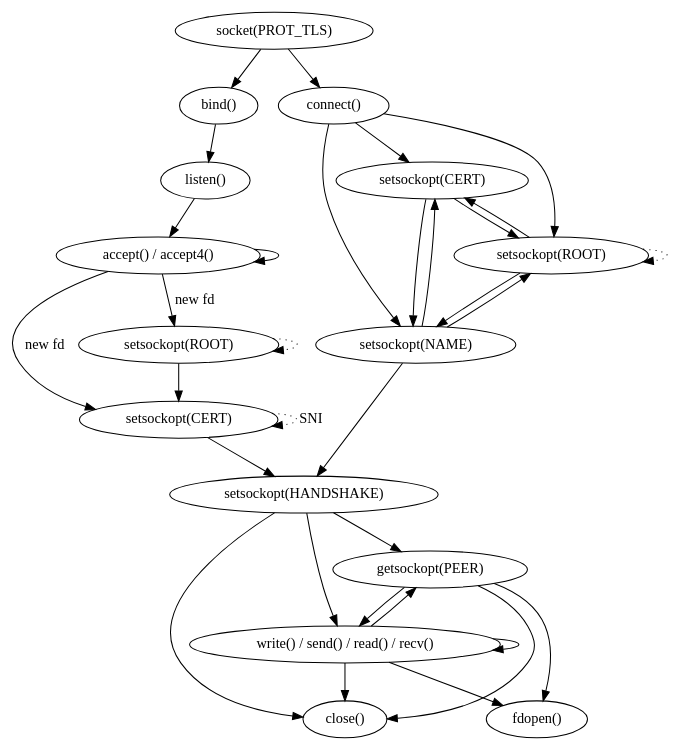
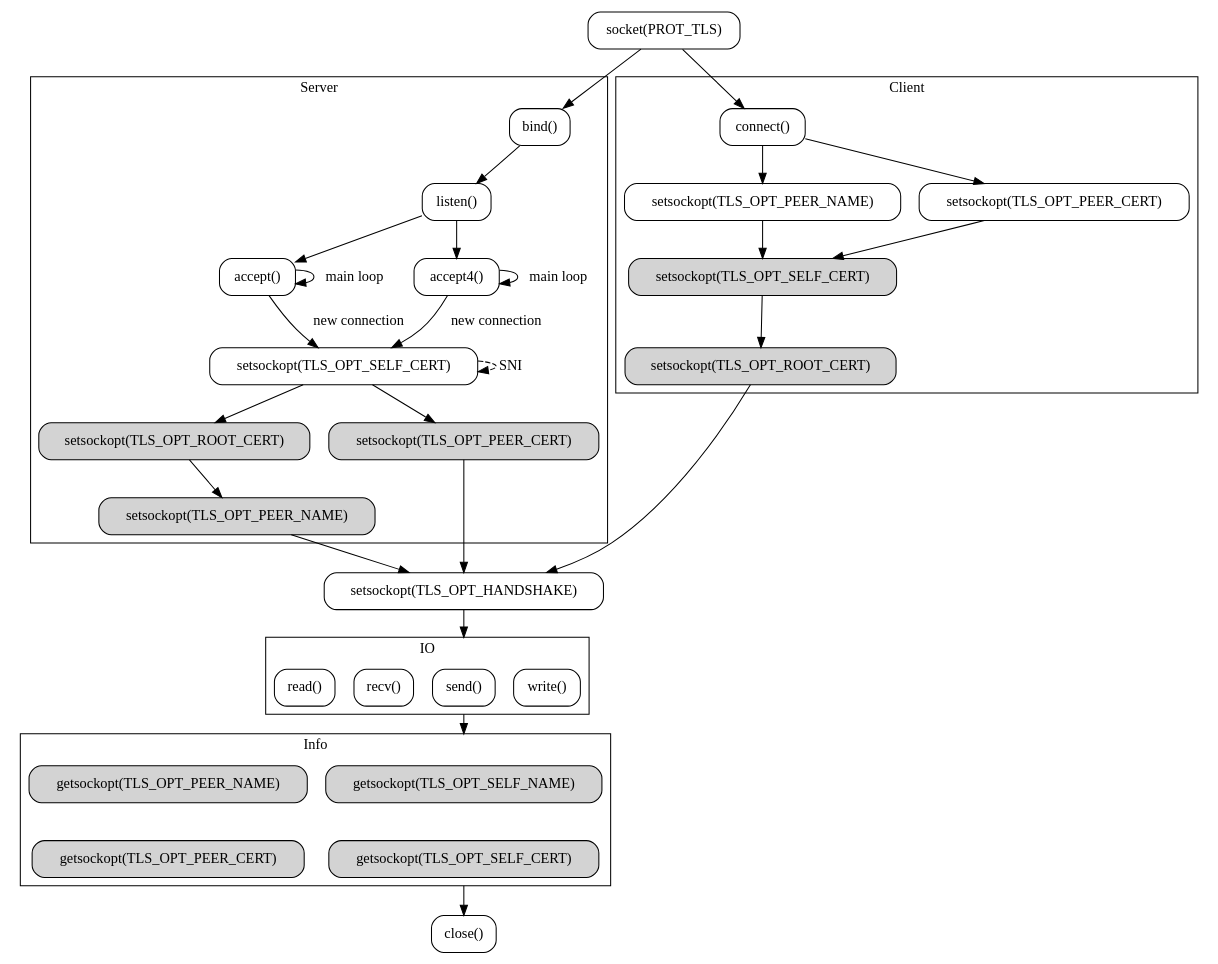
One commit to enarx-archive/tlssock changed the diagram in workflow.dot. Above: the diagram before and after it, drawn with Graphviz.

Commit message:
Update graph

```diff
--- a/workflow.dot
+++ b/workflow.dot
@@ -1,42 +1,79 @@
 digraph Workflow {
+  compound=true;
+  node [style=rounded, shape=box];
+
+  subgraph cluster_info {
+    label=Info;
+
+    "getsockopt(TLS_OPT_SELF_NAME)" [style="rounded,filled"];
+    "getsockopt(TLS_OPT_SELF_CERT)" [style="rounded,filled"];
+    "getsockopt(TLS_OPT_PEER_NAME)" [style="rounded,filled"];
+    "getsockopt(TLS_OPT_PEER_CERT)" [style="rounded,filled"];
+
+    "getsockopt(TLS_OPT_SELF_NAME)" -> "getsockopt(TLS_OPT_SELF_CERT)" [style=invis];
+    "getsockopt(TLS_OPT_PEER_NAME)" -> "getsockopt(TLS_OPT_PEER_CERT)" [style=invis];
+  }
+
+  subgraph cluster_io {
+    label=IO;
+    "write()";
+    "send()";
+    "recv()";
+    "read()";
+  }
+
+  subgraph cluster_srv {
+    label=Server;
+
+    srv_self_cert [label="setsockopt(TLS_OPT_SELF_CERT)"];
+    srv_peer_name [label="setsockopt(TLS_OPT_PEER_NAME)",style="rounded,filled"];
+    srv_peer_cert [label="setsockopt(TLS_OPT_PEER_CERT)",style="rounded,filled"];
+    srv_root_cert [label="setsockopt(TLS_OPT_ROOT_CERT)",style="rounded,filled"];
+
+    "bind()" -> "listen()";
+
+    "listen()" -> "accept()";
+    "accept()" -> "accept()" [label=" main loop "];
+    "accept()" -> srv_self_cert [label=" new connection "];
+
+    "listen()" -> "accept4()";
+    "accept4()" -> "accept4()" [label=" main loop "];
+    "accept4()" -> srv_self_cert [label=" new connection "];
+
+    srv_self_cert -> srv_self_cert [label=SNI, style=dashed];
+
+    srv_self_cert -> srv_root_cert;
+    srv_self_cert -> srv_peer_cert;
+    srv_root_cert -> srv_peer_name;
+  }
+
+  subgraph cluster_clt {
+    label=Client;
+
+    clt_peer_name [label="setsockopt(TLS_OPT_PEER_NAME)"];
+    clt_peer_cert [label="setsockopt(TLS_OPT_PEER_CERT)"];
+    clt_self_cert [label="setsockopt(TLS_OPT_SELF_CERT)",style="rounded,filled"];
+    clt_root_cert [label="setsockopt(TLS_OPT_ROOT_CERT)",style="rounded,filled"];
+
+    "connect()" -> clt_peer_cert;
+    clt_peer_cert -> clt_self_cert;
+
+    "connect()" -> clt_peer_name;
+    clt_peer_name -> clt_self_cert;
+
+    clt_self_cert -> clt_root_cert
+  }
+
   "socket(PROT_TLS)" -> "bind()";
-  "bind()" -> "listen()";
-  "listen()" -> "accept() / accept4()";
-
-  "accept() / accept4()" -> "setsockopt(CERT) " [label="new fd"];
-  "accept() / accept4()" -> "setsockopt(ROOT) " [label="new fd"];
-  "setsockopt(ROOT) " -> "setsockopt(CERT) ";
-  "setsockopt(ROOT) " -> "setsockopt(ROOT) " [style=dotted];
-  "setsockopt(CERT) " -> "setsockopt(CERT) " [style=dotted, label=SNI];
-  "setsockopt(CERT) " -> "setsockopt(HANDSHAKE)";
-
-  "accept() / accept4()" -> "accept() / accept4()";
   "socket(PROT_TLS)" -> "connect()";
 
-  "connect()" -> "setsockopt(CERT)";
-  "setsockopt(CERT)" -> "setsockopt(ROOT)";
-  "setsockopt(CERT)" -> "setsockopt(NAME)";
+  srv_peer_cert -> "setsockopt(TLS_OPT_HANDSHAKE)";
+  srv_peer_name -> "setsockopt(TLS_OPT_HANDSHAKE)";
+  clt_root_cert -> "setsockopt(TLS_OPT_HANDSHAKE)";
 
-  "connect()" -> "setsockopt(ROOT)";
-  "setsockopt(ROOT)" -> "setsockopt(CERT)";
-  "setsockopt(ROOT)" -> "setsockopt(NAME)";
-  "setsockopt(ROOT)" -> "setsockopt(ROOT)" [style=dotted];
+  "setsockopt(TLS_OPT_HANDSHAKE)" -> "send()" [lhead=cluster_io];
 
-  "connect()" -> "setsockopt(NAME)";
-  "setsockopt(NAME)" -> "setsockopt(CERT)";
-  "setsockopt(NAME)" -> "setsockopt(ROOT)";
-  "setsockopt(NAME)" -> "setsockopt(HANDSHAKE)";
+  "send()" -> "getsockopt(TLS_OPT_SELF_NAME)" [ltail=cluster_io,lhead=cluster_info];
 
-  "setsockopt(HANDSHAKE)" -> "getsockopt(PEER)";
-  "getsockopt(PEER)" -> "write() / send() / read() / recv()";
-  "getsockopt(PEER)" -> "fdopen()";
-  "getsockopt(PEER)" -> "close()";
-
-  "setsockopt(HANDSHAKE)" -> "write() / send() / read() / recv()";
-  "write() / send() / read() / recv()" -> "write() / send() / read() / recv()";
-  "write() / send() / read() / recv()" -> "getsockopt(PEER)";
-  "write() / send() / read() / recv()" -> "fdopen()";
-  "write() / send() / read() / recv()" -> "close()";
-
-  "setsockopt(HANDSHAKE)" -> "close()";
+  "getsockopt(TLS_OPT_SELF_CERT)" -> "close()" [ltail=cluster_info];
 }
```
